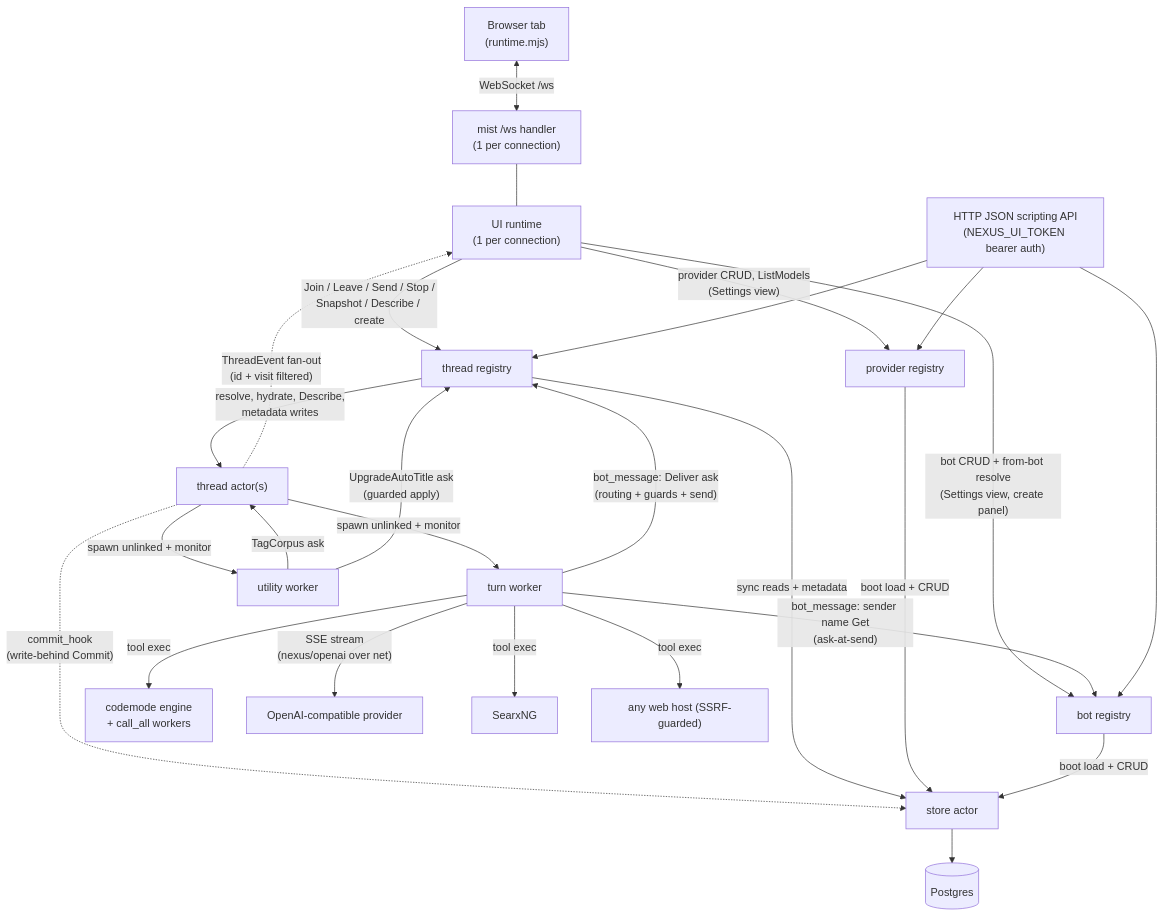
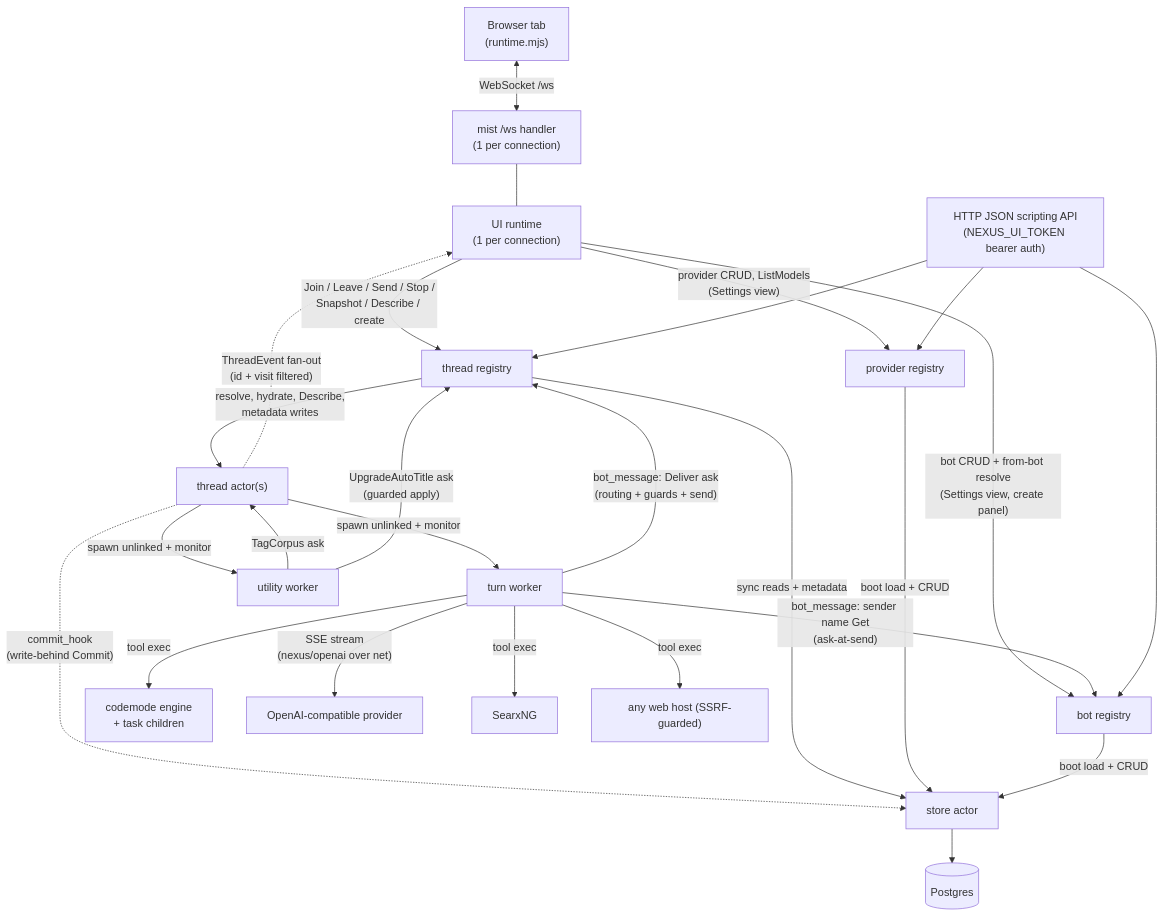
The third of 4 diagrams in ARCHITECTURE.md (jhillyerd/nexus), drawn with Mermaid before and after one commit. The commit also changed other lines of this file and 5 other files, not shown here.

First line of the commit message:
feat: codemode tool calls adopt JS await/all_settled semantics (codemode plan P3) (#105)

````diff
--- a/ARCHITECTURE.md
+++ b/ARCHITECTURE.md
@@ -148,45 +148,45 @@
 ```mermaid
 flowchart TB
     js["Browser tab<br/>(runtime.mjs)"]
     ws["mist /ws handler<br/>(1 per connection)"]
     rt["UI runtime<br/>(1 per connection)"]
     reg["thread registry"]
     prov["provider registry"]
     bots["bot registry"]
     api["HTTP JSON scripting API<br/>(NEXUS_UI_TOKEN bearer auth)"]
     sa["thread actor(s)"]
     tw["turn worker"]
     uw["utility worker"]
-    eng["codemode engine<br/>+ call_all workers"]
+    eng["codemode engine<br/>+ task children"]
     store["store actor"]
     pg[("Postgres")]
     llm["OpenAI-compatible provider"]
     searx["SearxNG"]
     web["any web host (SSRF-guarded)"]
 
     js <-- "WebSocket /ws" --> ws
     ws --- rt
     rt -->|"Join / Leave / Send / Stop /<br/>Snapshot / Describe / create"| reg
     rt -->|"provider CRUD, ListModels<br/>(Settings view)"| prov
     rt -->|"bot CRUD + from-bot resolve<br/>(Settings view, create panel)"| bots
     reg -->|"resolve, hydrate, Describe,<br/>metadata writes"| sa
     sa -.->|"ThreadEvent fan-out<br/>(id + visit filtered)"| rt
     sa -->|"spawn unlinked + monitor"| tw
     sa -->|"spawn unlinked + monitor"| uw
     uw -->|"TagCorpus ask"| sa
     uw -->|"UpgradeAutoTitle ask<br/>(guarded apply)"| reg
     tw -->|"bot_message: Deliver ask<br/>(routing + guards + send)"| reg
     tw -->|"bot_message: sender name Get<br/>(ask-at-send)"| bots
     tw -->|"SSE stream<br/>(nexus/openai over net)"| llm
     tw -->|"tool exec"| eng
     tw -->|"tool exec"| web
     tw -->|"tool exec"| searx
     sa -.->|"commit_hook<br/>(write-behind Commit)"| store
     reg -->|"sync reads + metadata"| store
     prov -->|"boot load + CRUD"| store
     bots -->|"boot load + CRUD"| store
     api --> reg
     api --> prov
     api --> bots
     store --> pg
 ```
````
